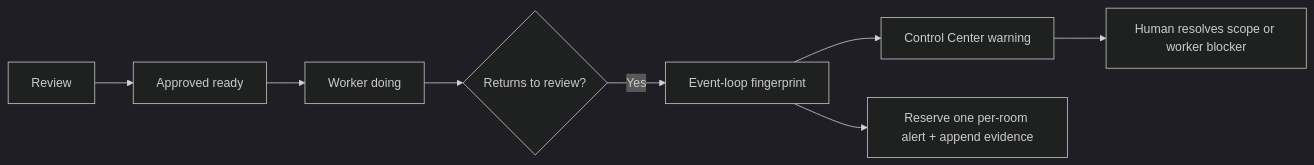
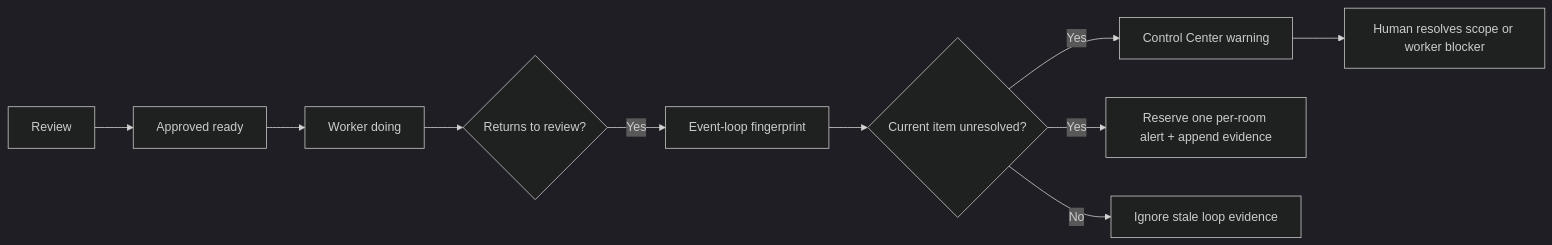
The second of 31 diagrams in docs/FLOW_REGISTRY_UPDATE_PROTOCOL.md (paramonjong-afk/WisdomAI), drawn with Mermaid (dark theme) before and after one commit. The commit also changed other lines of this file and 4 other files, not shown here.

````diff
--- a/docs/FLOW_REGISTRY_UPDATE_PROTOCOL.md
+++ b/docs/FLOW_REGISTRY_UPDATE_PROTOCOL.md
@@ -28,10 +28,12 @@
 ```mermaid
 flowchart LR
   A[Review] --> B[Approved ready]
   B --> C[Worker doing]
   C --> D{Returns to review?}
   D -->|Yes| E[Event-loop fingerprint]
-  E --> F[Control Center warning]
-  E --> G[Reserve one per-room alert + append evidence]
-  F --> H[Human resolves scope or worker blocker]
+  E --> F{Current item unresolved?}
+  F -->|Yes| G[Control Center warning]
+  F -->|Yes| H[Reserve one per-room alert + append evidence]
+  F -->|No| I[Ignore stale loop evidence]
+  G --> J[Human resolves scope or worker blocker]
 ```
````
